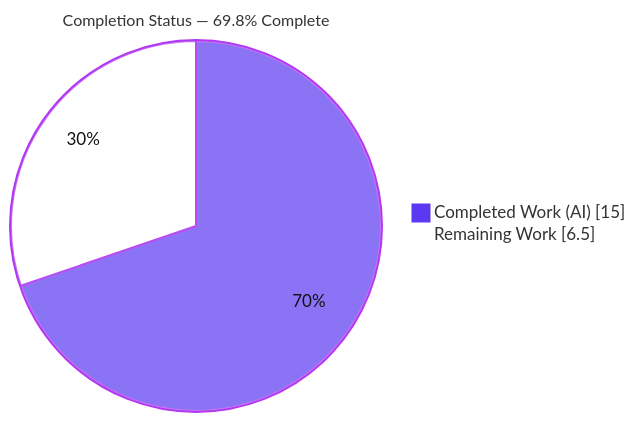
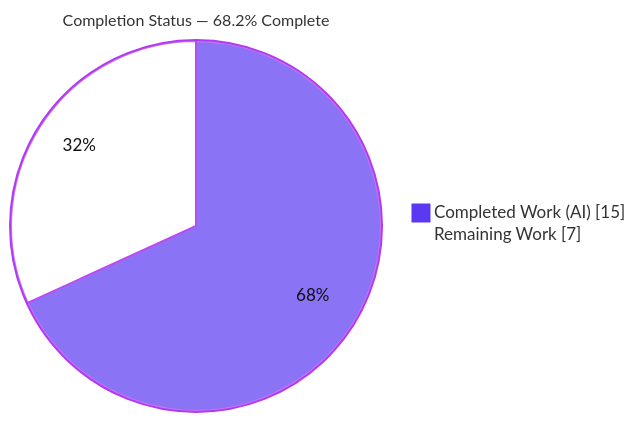
The first of 4 diagrams in blitzy/documentation/Project Guide.md (Sandeep02Kumar02/existing-projects-qa-test), drawn with Mermaid before and after one commit. The commit also changed other lines of this file, not shown here.

Commit message:
Adding Blitzy Project Guide: Project Status and Human Tasks Remaining

````diff
--- a/blitzy/documentation/Project Guide.md
+++ b/blitzy/documentation/Project Guide.md
@@ -21,6 +21,6 @@
 ```mermaid
 %%{init: {'theme':'base', 'themeVariables': {'pie1':'#5B39F3','pie2':'#FFFFFF','pieStrokeColor':'#B23AF2','pieOuterStrokeColor':'#B23AF2','pieTitleTextSize':'16px','pieSectionTextColor':'#111111','pieStrokeWidth':'2px'}}}%%
-pie showData title Completion Status — 69.8% Complete
+pie showData title Completion Status — 68.2% Complete
     "Completed Work (AI)" : 15
-    "Remaining Work" : 6.5
+    "Remaining Work" : 7
 ```
````
